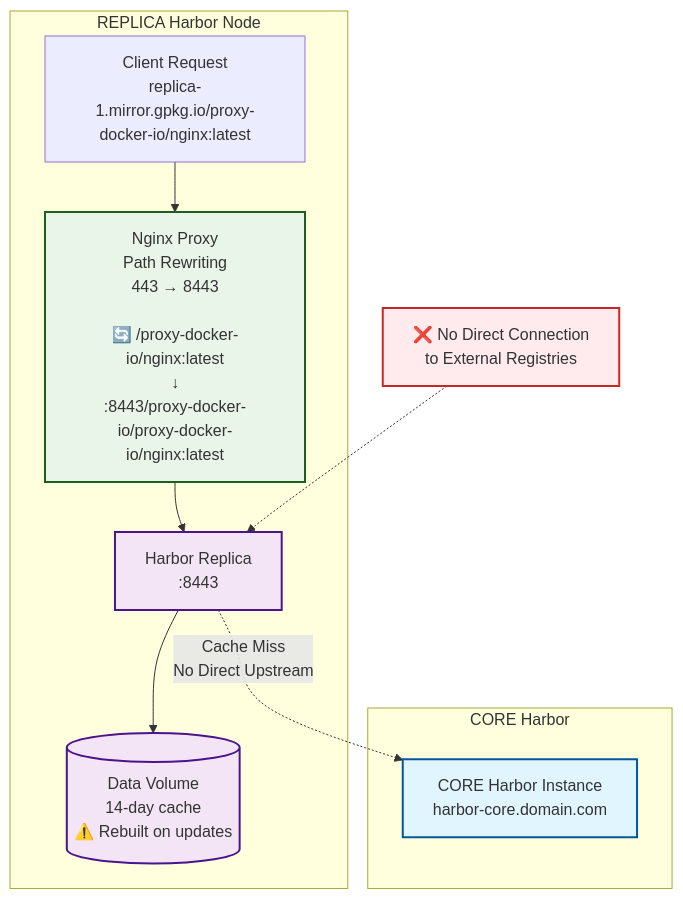
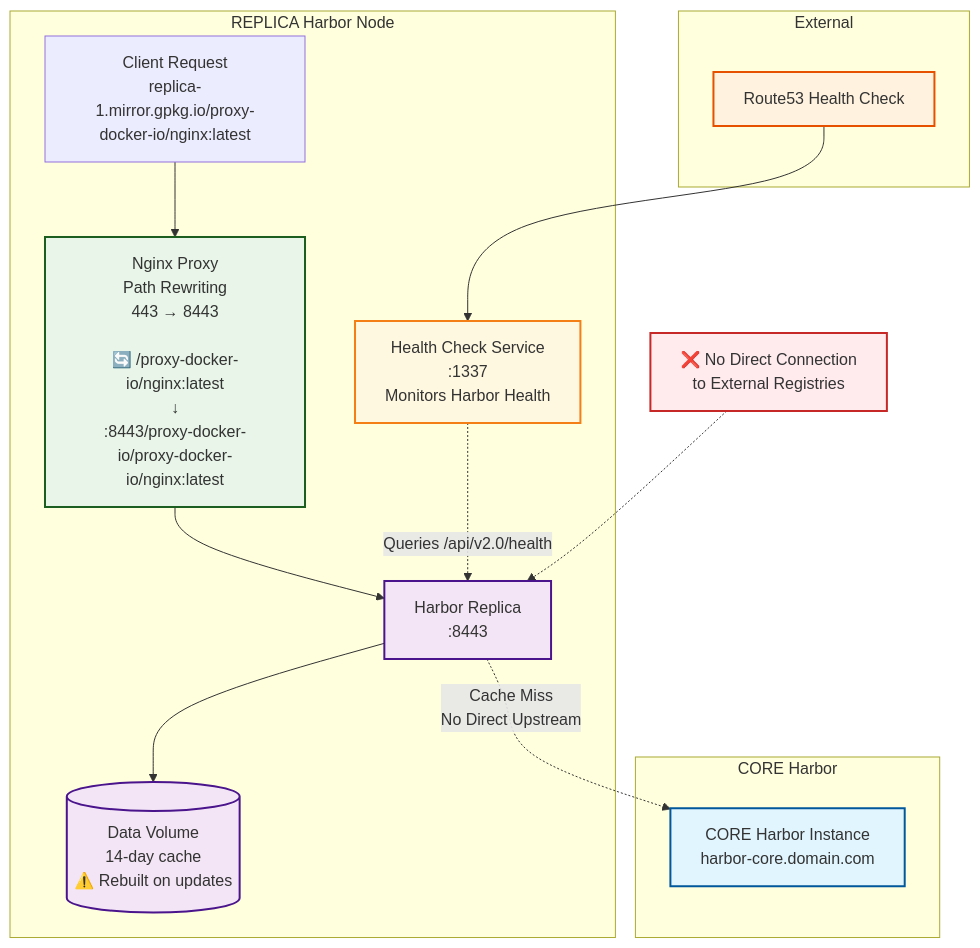
The third of 3 diagrams in README.md (GlueOps/aio-harbor-registry-cache), drawn with Mermaid before and after one commit. The commit also changed other lines of this file, not shown here.

````diff
--- a/README.md
+++ b/README.md
@@ -89,33 +107,44 @@
 ```mermaid
 graph TB
     subgraph "CORE Harbor"
         CoreHarbor[CORE Harbor Instance<br/>harbor-core.domain.com]
     end
     
+    subgraph "External"
+        Route53[Route53 Health Check]
+    end
+    
     subgraph "REPLICA Harbor Node"
         Client[Client Request<br/>replica-1.mirror.gpkg.io/proxy-docker-io/nginx:latest]
         Nginx[Nginx Proxy<br/>Path Rewriting<br/>443 → 8443<br/><br/>🔄 /proxy-docker-io/nginx:latest<br/>↓<br/>:8443/proxy-docker-io/proxy-docker-io/nginx:latest]
         Harbor[Harbor Replica<br/>:8443]
+        HealthCheck[Health Check Service<br/>:1337<br/>Monitors Harbor Health]
         Storage[(Data Volume<br/>14-day cache<br/>⚠️ Rebuilt on updates)]
     end
     
     Client --> Nginx
     Nginx --> Harbor
     Harbor --> Storage
+    Route53 --> HealthCheck
+    HealthCheck -.->|Queries /api/v2.0/health| Harbor
     Harbor -.->|Cache Miss<br/>No Direct Upstream| CoreHarbor
     
     note1[❌ No Direct Connection<br/>to External Registries]
     note1 -.-> Harbor
     
     classDef core fill:#e1f5fe,stroke:#01579b,stroke-width:2px
     classDef proxy fill:#e8f5e8,stroke:#1b5e20,stroke-width:2px
     classDef replica fill:#f3e5f5,stroke:#4a148c,stroke-width:2px
     classDef storage fill:#f3e5f5,stroke:#4a148c,stroke-width:2px
     classDef warning fill:#ffebee,stroke:#c62828,stroke-width:2px
+    classDef health fill:#fff8e1,stroke:#f57f17,stroke-width:2px
+    classDef external fill:#fff3e0,stroke:#e65100,stroke-width:2px
     
     class CoreHarbor core
     class Nginx proxy
     class Harbor replica
     class Storage storage
     class note1 warning
+    class HealthCheck health
+    class Route53 external
 ```
````
